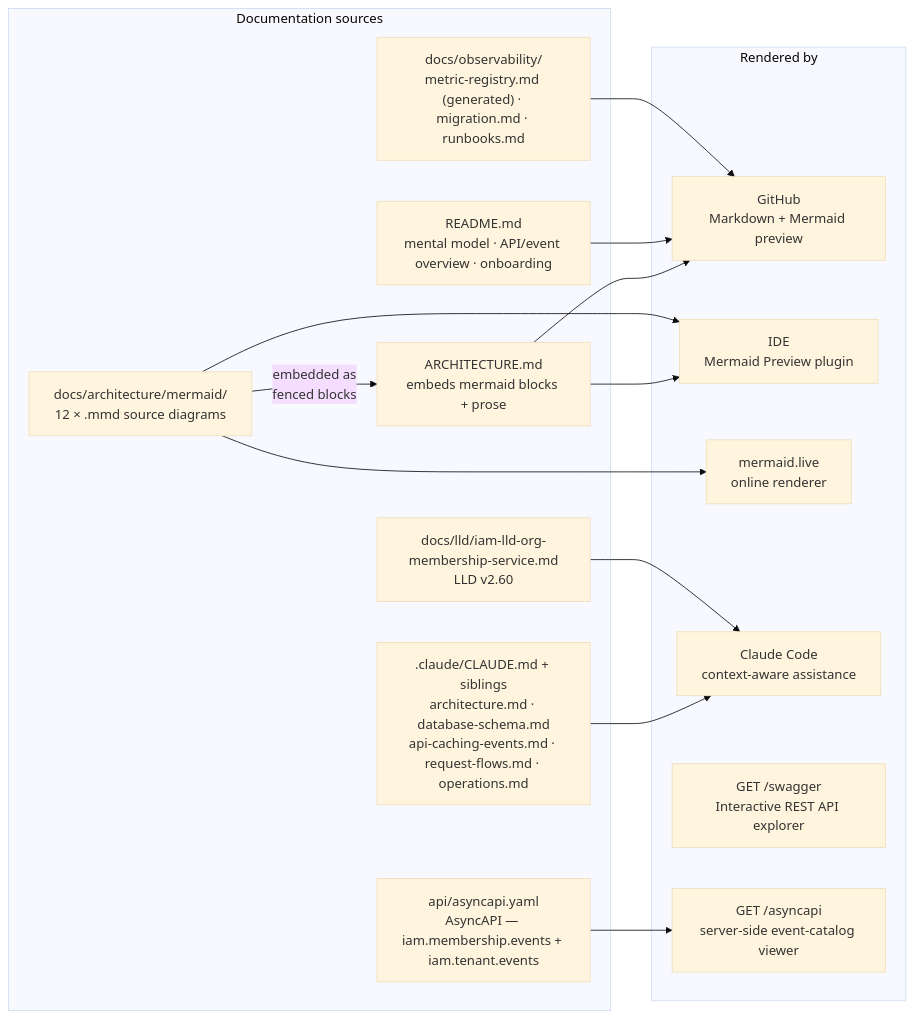
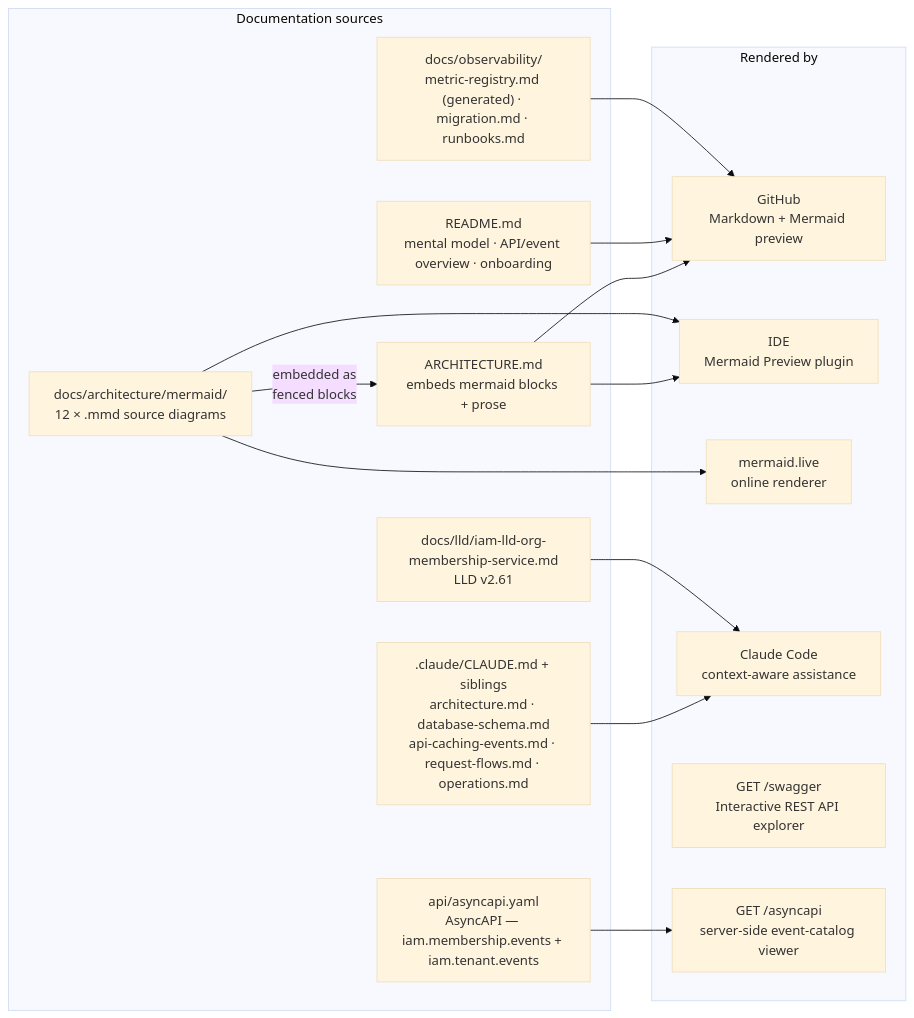
Before and after one commit to BCBP-SOLUTIONS-FZC-LLC/iam-org-membership: diagram 13 of 13 in ARCHITECTURE.md, drawn with Mermaid (base theme). The commit also changed other lines of this file and 13 other files, not shown here.

````diff
--- a/ARCHITECTURE.md
+++ b/ARCHITECTURE.md
@@ -1386,30 +1386,30 @@
 ```mermaid
 graph LR
     subgraph sources["Documentation sources"]
         mmd["docs/architecture/mermaid/\n12 × .mmd source diagrams"]
         arch["ARCHITECTURE.md\nembeds mermaid blocks + prose"]
         claude[".claude/CLAUDE.md + siblings\narchitecture.md · database-schema.md\napi-caching-events.md · request-flows.md · operations.md"]
         readme["README.md\nmental model · API/event overview · onboarding"]
         asyncapi_yaml["api/asyncapi.yaml\nAsyncAPI — iam.membership.events + iam.tenant.events"]
-        lld["docs/lld/iam-lld-org-membership-service.md\nLLD v2.60"]
+        lld["docs/lld/iam-lld-org-membership-service.md\nLLD v2.61"]
         obsdocs["docs/observability/\nmetric-registry.md (generated) · migration.md · runbooks.md"]
     end
 
     subgraph rendered["Rendered by"]
         github["GitHub\nMarkdown + Mermaid preview"]
         ide["IDE\nMermaid Preview plugin"]
         live["mermaid.live\nonline renderer"]
         claude_ai["Claude Code\ncontext-aware assistance"]
         swagger_viewer["GET /swagger\nInteractive REST API explorer"]
         asyncapi_viewer["GET /asyncapi\nserver-side event-catalog viewer"]
     end
 
     mmd  -->|"embedded as\nfenced blocks"| arch
     arch --> github & ide
     mmd  --> live & ide
     claude --> claude_ai
     readme --> github
     lld --> claude_ai
     obsdocs --> github
     asyncapi_yaml --> asyncapi_viewer
 ```
````
